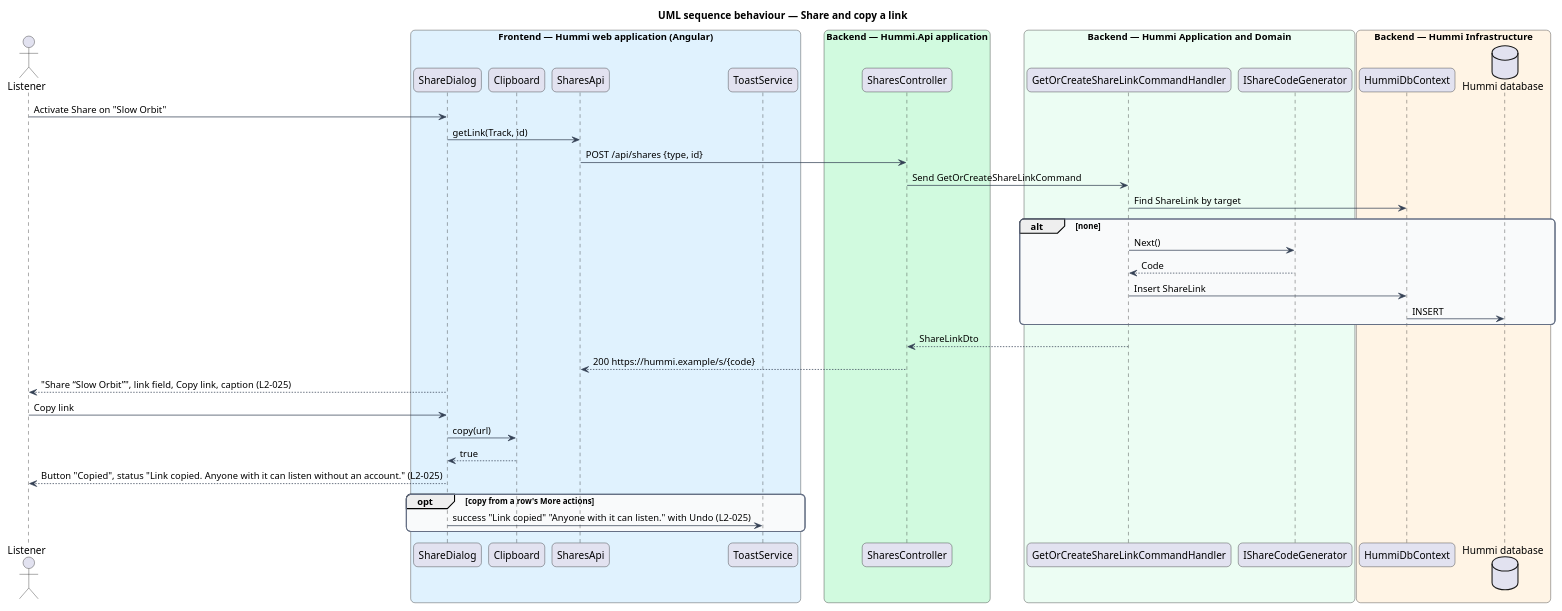
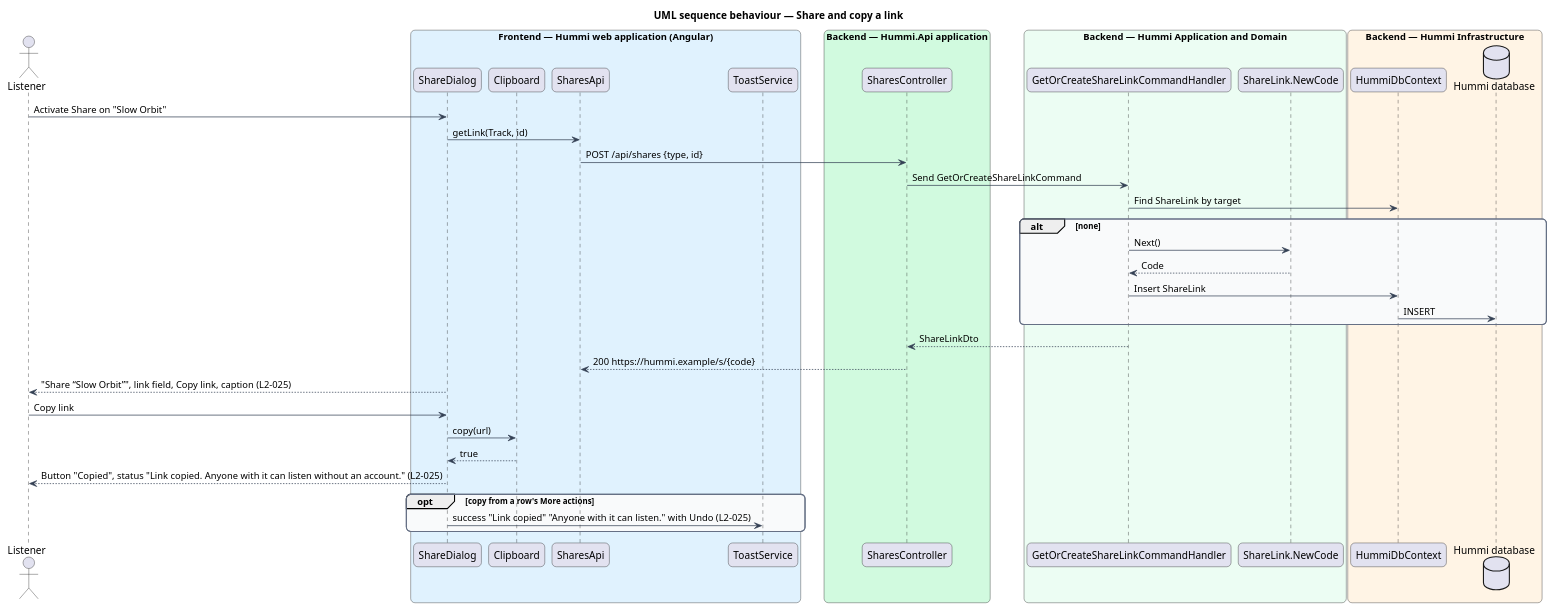
One commit to QuinntyneBrown/hummi changed the diagram in docs/detailed-designs/sharing/share-link/diagrams/sequence-share.puml. Above: the diagram before and after it, drawn with PlantUML. The commit also changed 161 other files, not shown here.

```diff
--- a/docs/detailed-designs/sharing/share-link/diagrams/sequence-share.puml
+++ b/docs/detailed-designs/sharing/share-link/diagrams/sequence-share.puml
@@ -1,56 +1,56 @@
 @startuml
 title UML sequence behaviour — Share and copy a link
 skinparam backgroundColor #FFFFFF
 skinparam shadowing false
 skinparam roundcorner 12
 skinparam defaultFontName Arial
 skinparam ArrowColor #344054
 skinparam rectangle {
   BorderColor #344054
   FontColor #101828
 }
 skinparam package {
   BorderColor #667085
   FontColor #101828
   BackgroundColor #F9FAFB
 }
 actor "Listener" as u
 box "Frontend — Hummi web application (Angular)" #E0F2FE
   participant "ShareDialog" as dlg
   participant "Clipboard" as clip
   participant "SharesApi" as client
   participant "ToastService" as toast
 end box
 box "Backend — Hummi.Api application" #D1FADF
   participant "SharesController" as ctl
 end box
 box "Backend — Hummi Application and Domain" #ECFDF3
   participant "GetOrCreateShareLinkCommandHandler" as cmd
-  participant "IShareCodeGenerator" as gen
+  participant "ShareLink.NewCode" as gen
 end box
 box "Backend — Hummi Infrastructure" #FFF4E5
   participant "HummiDbContext" as ctx
   database "Hummi database" as db
 end box
 u -> dlg : Activate Share on "Slow Orbit"
 dlg -> client : getLink(Track, id)
 client -> ctl : POST /api/shares {type, id}
 ctl -> cmd : Send GetOrCreateShareLinkCommand
 cmd -> ctx : Find ShareLink by target
 alt none
   cmd -> gen : Next()
   gen --> cmd : Code
   cmd -> ctx : Insert ShareLink
   ctx -> db : INSERT
 end
 cmd --> ctl : ShareLinkDto
 ctl --> client : 200 https://hummi.example/s/{code}
 dlg --> u : "Share “Slow Orbit”", link field, Copy link, caption (L2-025)
 u -> dlg : Copy link
 dlg -> clip : copy(url)
 clip --> dlg : true
 dlg --> u : Button "Copied", status "Link copied. Anyone with it can listen without an account." (L2-025)
 opt copy from a row's More actions
   dlg -> toast : success "Link copied" "Anyone with it can listen." with Undo (L2-025)
 end
 @enduml
```
